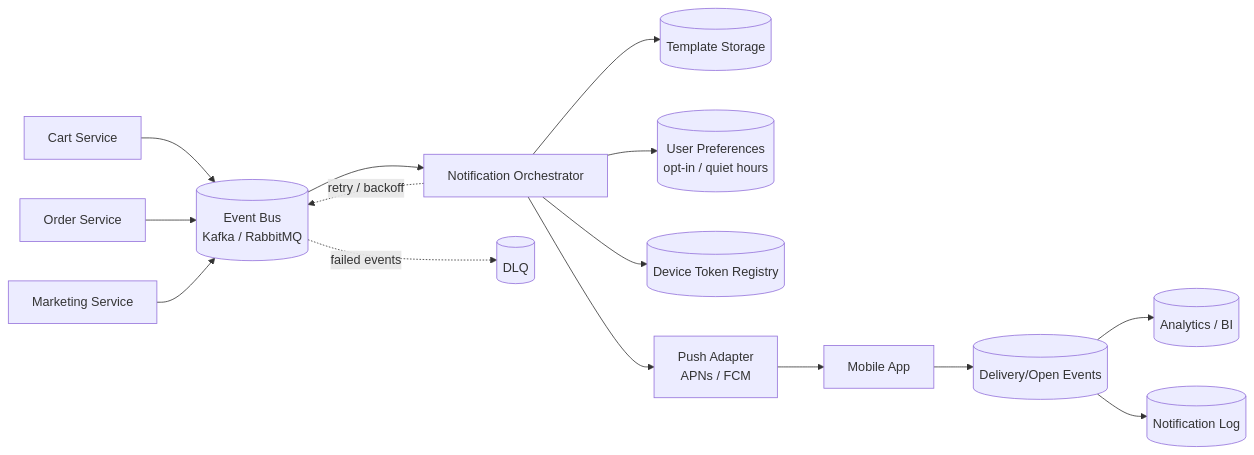
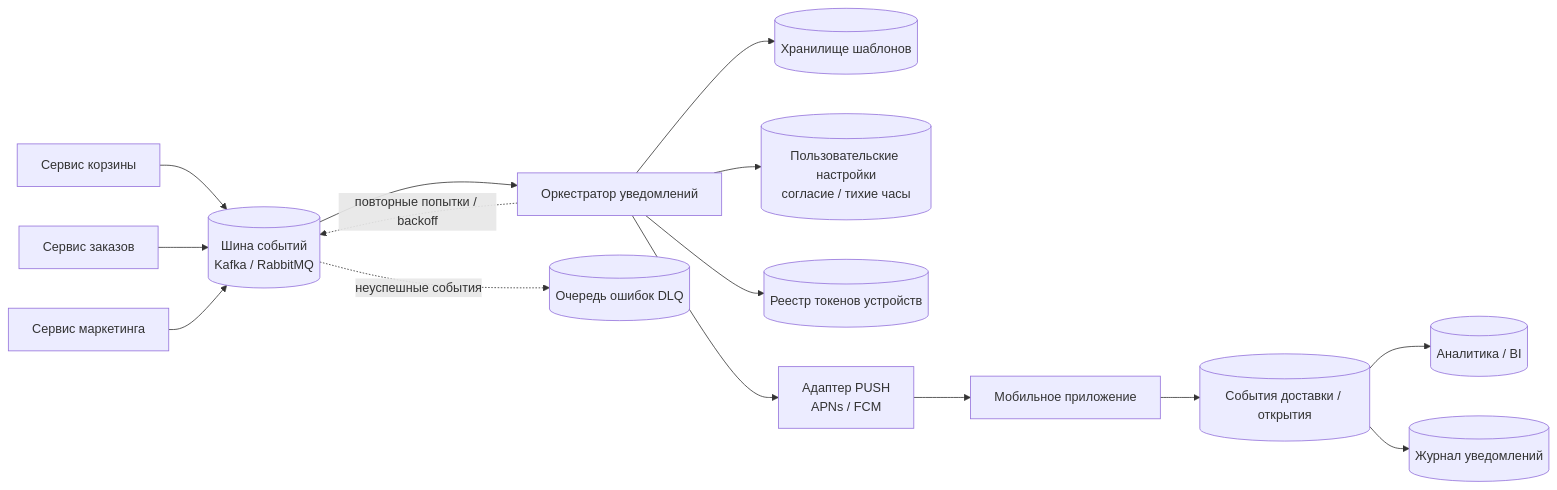
Before and after one commit to michaellu202/system-analyst-test-task: the diagram in solution_test_task_system_analyst.md, drawn with Mermaid. The commit also changed other lines of this file, not shown here.

````diff
--- a/solution_test_task_system_analyst.md
+++ b/solution_test_task_system_analyst.md
@@ -138,36 +138,36 @@
 ```mermaid
 flowchart LR
-    CS[Cart Service]
-    OS[Order Service]
-    MS[Marketing Service]
+    CS[Сервис корзины]
+    OS[Сервис заказов]
+    MS[Сервис маркетинга]
 
-    EB[(Event Bus<br/>Kafka / RabbitMQ)]
-    NO[Notification Orchestrator]
-    TP[(Template Storage)]
-    UP[(User Preferences<br/>opt-in / quiet hours)]
-    DT[(Device Token Registry)]
-    PA[Push Adapter<br/>APNs / FCM]
-    MA[Mobile App]
-    EV[(Delivery/Open Events)]
-    NL[(Notification Log)]
-    BI[(Analytics / BI)]
-    DLQ[(DLQ)]
+    EB[(Шина событий<br/>Kafka / RabbitMQ)]
+    NO[Оркестратор уведомлений]
+    TP[(Хранилище шаблонов)]
+    UP[(Пользовательские настройки<br/>согласие / тихие часы)]
+    DT[(Реестр токенов устройств)]
+    PA[Адаптер PUSH<br/>APNs / FCM]
+    MA[Мобильное приложение]
+    EV[(События доставки / открытия)]
+    NL[(Журнал уведомлений)]
+    BI[(Аналитика / BI)]
+    DLQ[(Очередь ошибок DLQ)]
 
     CS --> EB
     OS --> EB
     MS --> EB
 
     EB --> NO
     NO --> TP
     NO --> UP
     NO --> DT
     NO --> PA
 
     PA --> MA
     MA --> EV
     EV --> BI
     EV --> NL
 
-    EB -. failed events .-> DLQ
-    NO -. retry / backoff .-> EB
+    EB -. неуспешные события .-> DLQ
+    NO -. повторные попытки / backoff .-> EB
 ```
````
